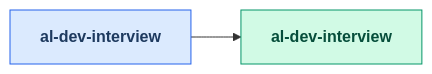
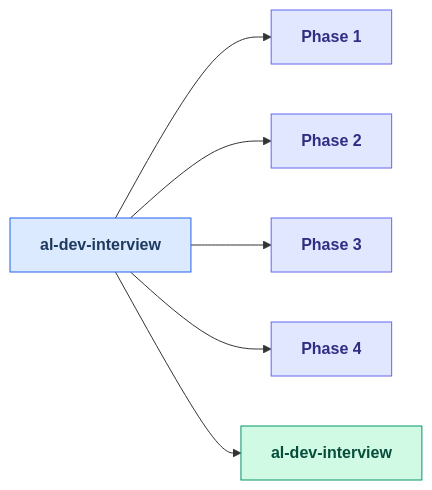
Before and after one commit to russell-laing/al-dev-shared: diagram 12 of 25 in docs/al-dev-skills-map.md, drawn with Mermaid. The commit also changed other lines of this file and 1 other file, not shown here.

First line of the commit message:
feat: generate Phase<N> nodes in skill drilldown diagrams

````diff
--- a/docs/al-dev-skills-map.md
+++ b/docs/al-dev-skills-map.md
@@ -540,15 +657,28 @@
 ```mermaid
 flowchart LR
     classDef skillNode fill:#dbeafe,stroke:#2563eb,color:#1e3a5f,font-weight:bold
     classDef agentNode fill:#d1fae5,stroke:#059669,color:#064e3b,font-weight:bold
     classDef knowledgeNode fill:#fef3c7,stroke:#d97706,color:#78350f,font-weight:bold
     classDef artifactNode fill:#ede9fe,stroke:#7c3aed,color:#4c1d95,font-weight:bold
+    classDef phaseNode fill:#e0e7ff,stroke:#6366f1,color:#312e81,font-weight:bold
 
     skill_al_dev_interview[al-dev-interview]
+    Phase1["Phase 1"]
+    Phase2["Phase 2"]
+    Phase3["Phase 3"]
+    Phase4["Phase 4"]
     agent_al_dev_interview[al-dev-interview]
 
+    skill_al_dev_interview --> Phase1
+    skill_al_dev_interview --> Phase2
+    skill_al_dev_interview --> Phase3
+    skill_al_dev_interview --> Phase4
     skill_al_dev_interview --> agent_al_dev_interview
 
     class skill_al_dev_interview skillNode
+    class Phase1 phaseNode
+    class Phase2 phaseNode
+    class Phase3 phaseNode
+    class Phase4 phaseNode
     class agent_al_dev_interview agentNode
 ```
````
